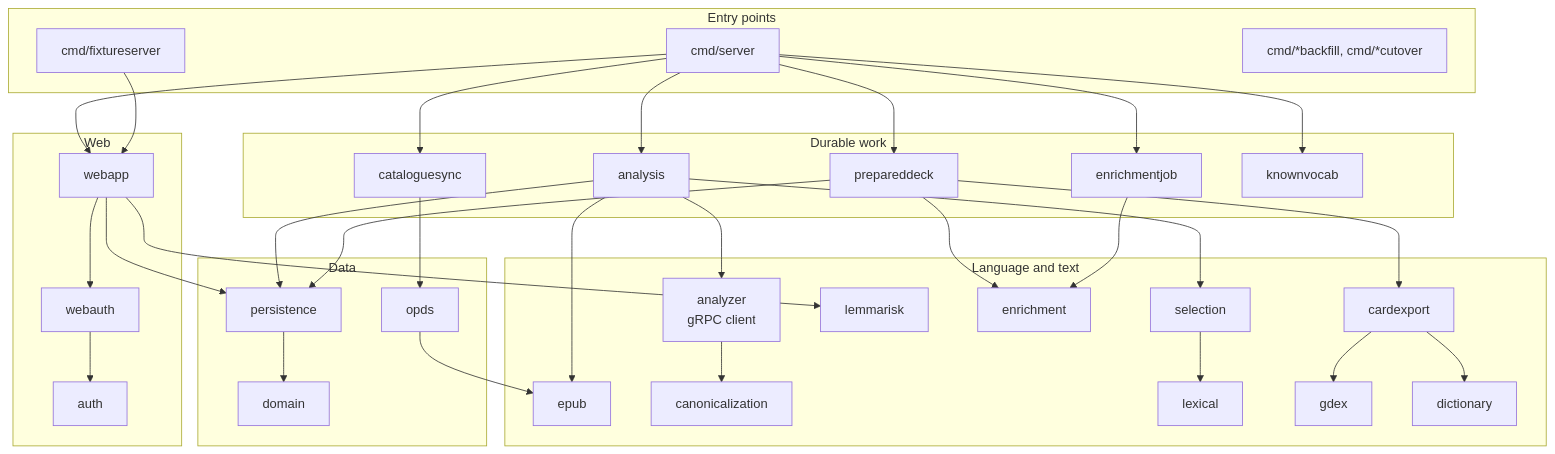
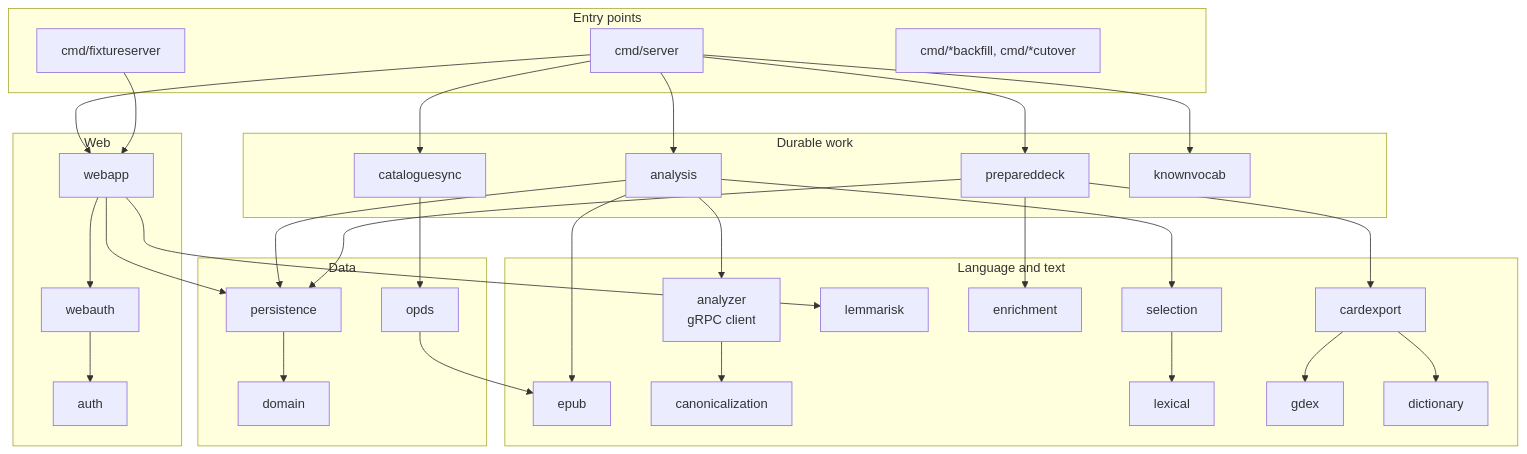
The sixth of 6 diagrams in ARCHITECTURE.md (justin-hayes/mouseion), drawn with Mermaid before and after one commit. The commit also changed other lines of this file and 22 other files, not shown here.

````diff
--- a/ARCHITECTURE.md
+++ b/ARCHITECTURE.md
@@ -258,49 +258,47 @@
 ```mermaid
 flowchart TB
     subgraph entry[Entry points]
         server[cmd/server]
         fixture[cmd/fixtureserver]
         tools[cmd/*backfill, cmd/*cutover]
     end
     subgraph web[Web]
         webapp[webapp]
         webauth[webauth]
         auth[auth]
     end
     subgraph jobs[Durable work]
         analysis[analysis]
         cataloguesync[cataloguesync]
         prepareddeck[prepareddeck]
-        enrichmentjob[enrichmentjob]
         knownvocab[knownvocab]
     end
     subgraph lang[Language and text]
         epub[epub]
         analyzer[analyzer<br/>gRPC client]
         canonicalization[canonicalization]
         selection[selection]
         lexical[lexical]
         gdex[gdex]
         lemmarisk[lemmarisk]
         dictionary[dictionary]
         enrichment[enrichment]
         cardexport[cardexport]
     end
     subgraph data[Data]
         domain[domain]
         persistence[persistence]
         opds[opds]
     end
-    server --> webapp & analysis & cataloguesync & prepareddeck & knownvocab & enrichmentjob
+    server --> webapp & analysis & cataloguesync & prepareddeck & knownvocab
     fixture --> webapp
     webapp --> webauth --> auth
     webapp --> persistence & lemmarisk
     analysis --> epub & analyzer & selection & persistence
     cataloguesync --> opds --> epub
     prepareddeck --> cardexport & enrichment & persistence
-    enrichmentjob --> enrichment
     cardexport --> gdex & dictionary
     selection --> lexical
     analyzer --> canonicalization
     persistence --> domain
 ```
````
